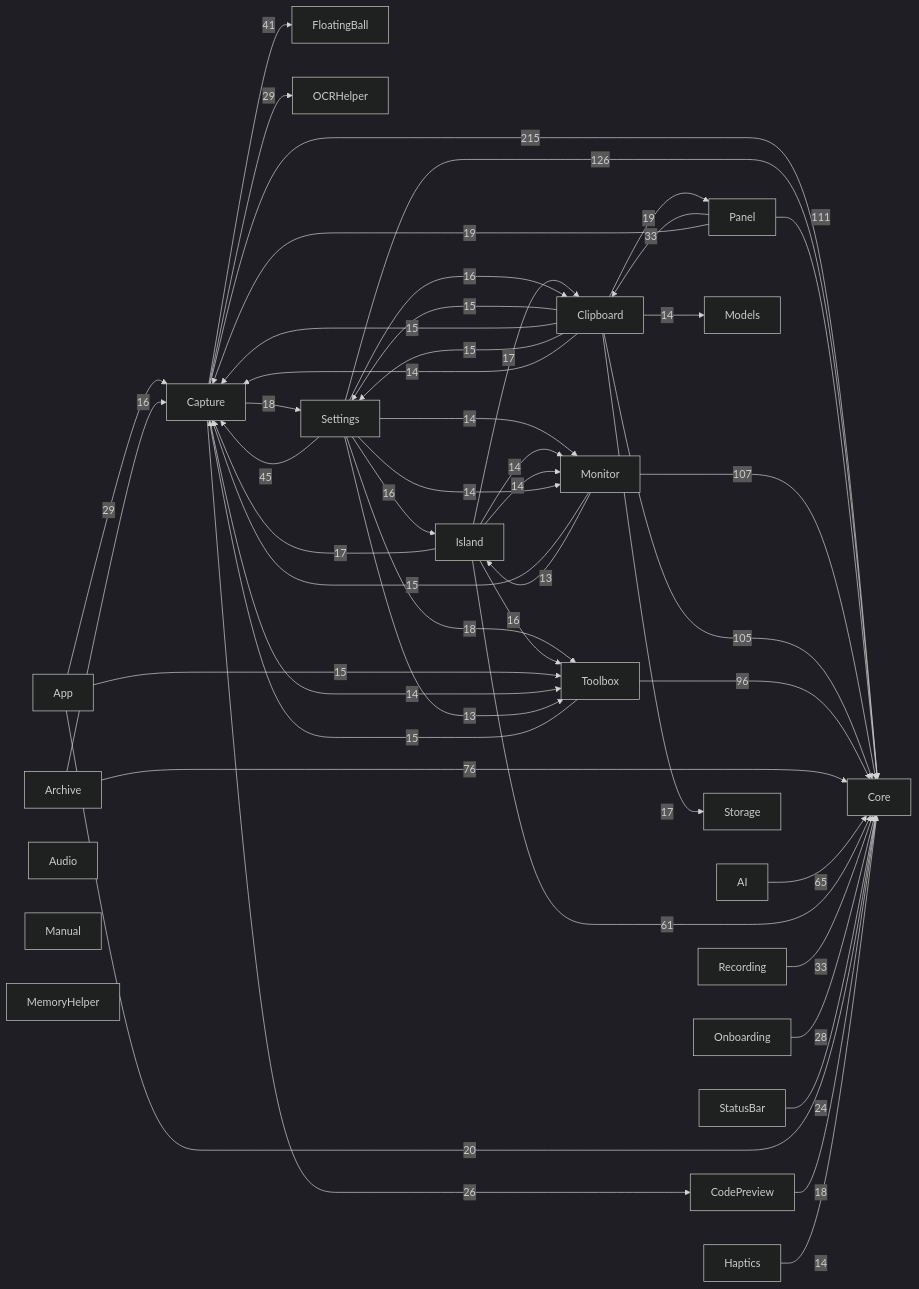
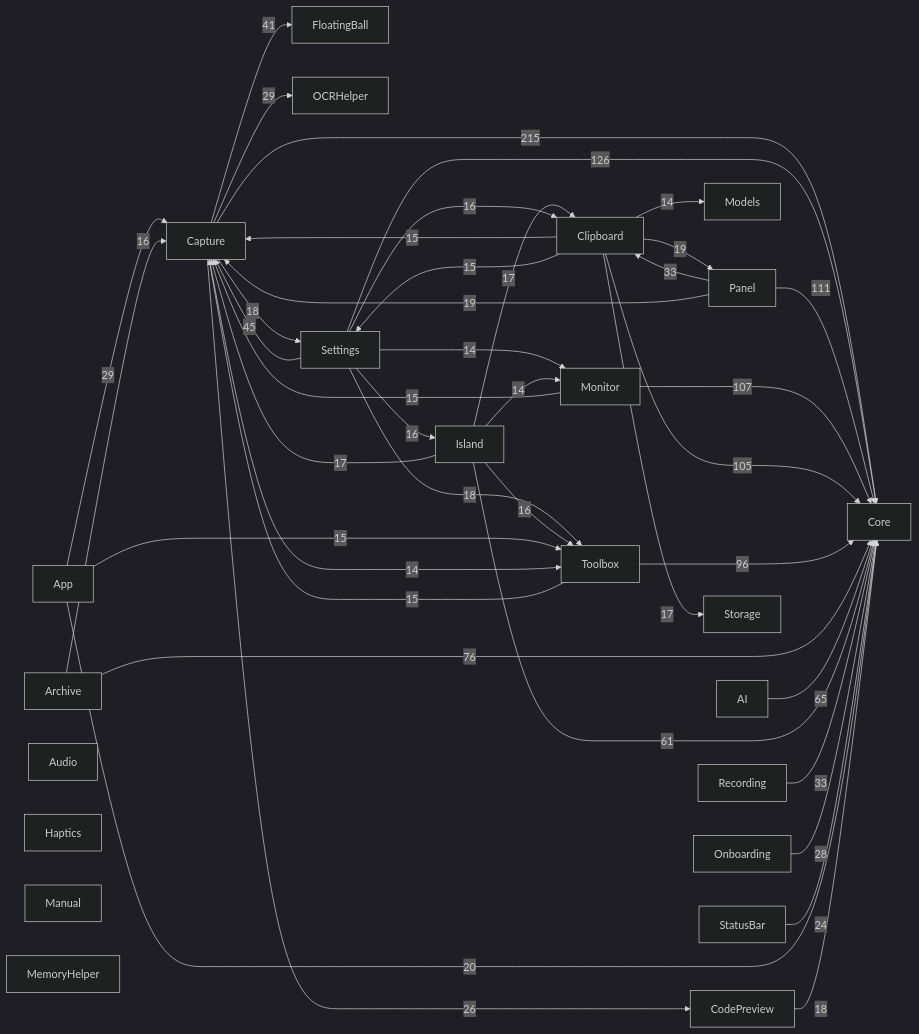
One commit to sxyq/Kitnest changed the diagram in docs/00-总览/模块依赖图.md. Above: the diagram before and after it, drawn with Mermaid (dark theme). The commit also changed other lines of this file and 4 other files, not shown here.

````diff
--- a/docs/00-总览/模块依赖图.md
+++ b/docs/00-总览/模块依赖图.md
@@ -37,73 +37,66 @@
 ```mermaid
 flowchart LR
   M0["AI"]
   M1["App"]
   M2["Archive"]
   M3["Audio"]
   M4["Capture"]
   M5["Clipboard"]
   M6["CodePreview"]
   M7["Core"]
   M8["FloatingBall"]
   M9["Haptics"]
   M10["Island"]
   M11["Manual"]
   M12["MemoryHelper"]
   M13["Models"]
   M14["Monitor"]
   M15["OCRHelper"]
   M16["Onboarding"]
   M17["Panel"]
   M18["Recording"]
   M19["Settings"]
   M20["StatusBar"]
   M21["Storage"]
   M22["Toolbox"]
   M4 -->|215| M7
   M19 -->|126| M7
   M17 -->|111| M7
   M14 -->|107| M7
   M5 -->|105| M7
   M22 -->|96| M7
   M2 -->|76| M7
   M0 -->|65| M7
   M10 -->|61| M7
   M19 -->|45| M4
   M4 -->|41| M8
   M17 -->|33| M5
   M18 -->|33| M7
   M1 -->|29| M4
   M4 -->|29| M15
   M16 -->|28| M7
   M4 -->|26| M6
   M20 -->|24| M7
   M1 -->|20| M7
   M17 -->|19| M4
   M5 -->|19| M17
   M19 -->|18| M22
   M4 -->|18| M19
   M6 -->|18| M7
+  M10 -->|17| M4
   M10 -->|17| M5
-  M10 -->|17| M4
   M5 -->|17| M21
   M19 -->|16| M5
   M19 -->|16| M10
   M2 -->|16| M4
   M10 -->|16| M22
   M1 -->|15| M22
-  M5 -->|15| M19
   M14 -->|15| M4
   M22 -->|15| M4
   M5 -->|15| M4
   M5 -->|15| M19
   M19 -->|14| M14
   M4 -->|14| M22
   M10 -->|14| M14
   M5 -->|14| M13
-  M5 -->|14| M4
-  M9 -->|14| M7
-  M10 -->|14| M14
-  M19 -->|14| M14
-  M14 -->|13| M10
-  M19 -->|13| M22
 ```
````
